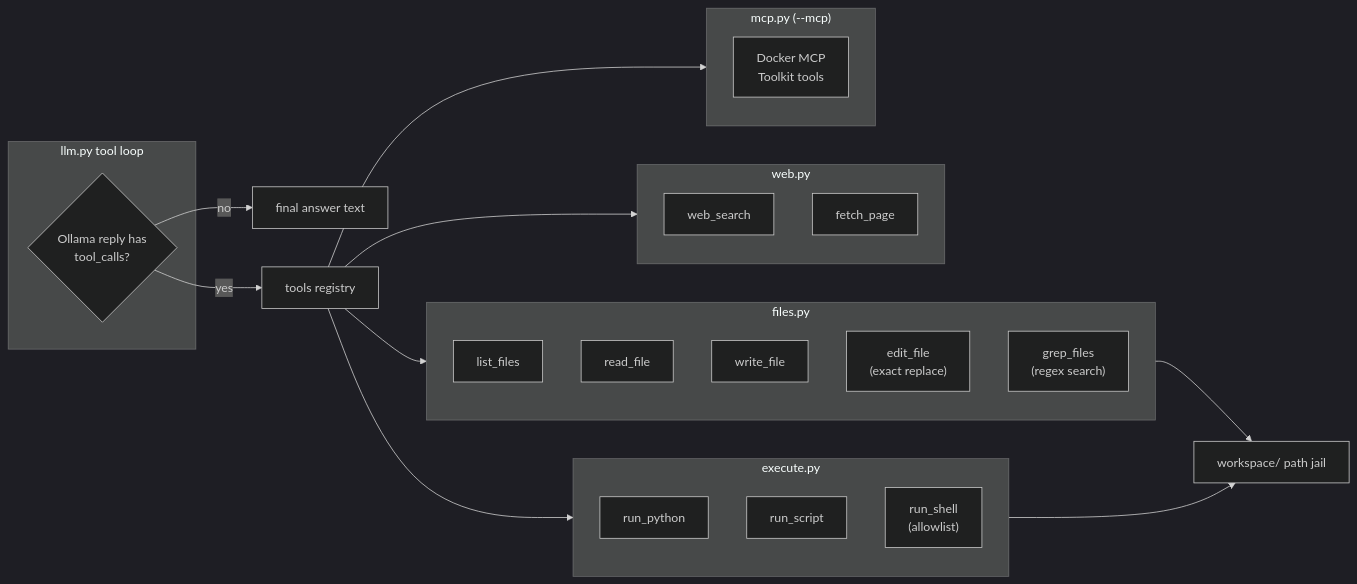
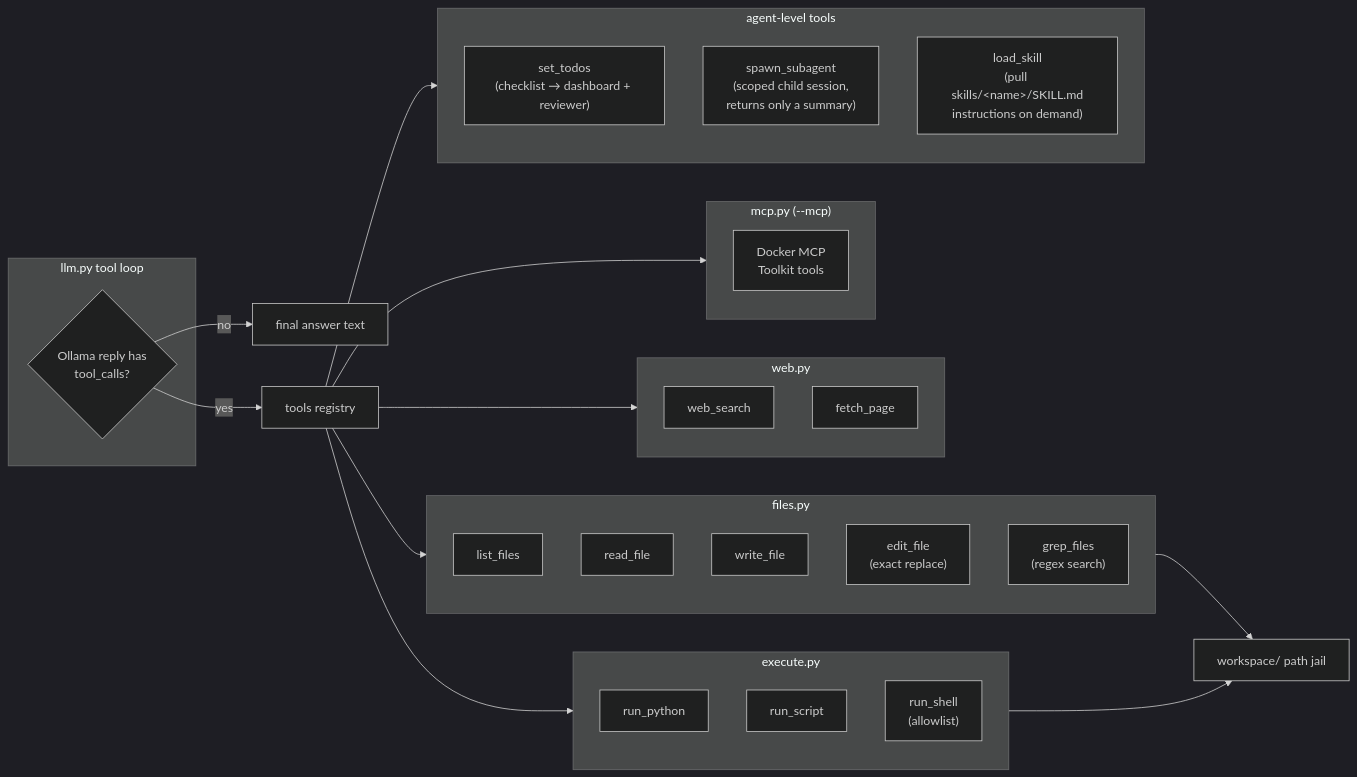
The fourth of 4 diagrams in Readme.md (jacksonmac/agent), drawn with Mermaid (dark theme) before and after one commit. The commit also changed other lines of this file and 32 other files, not shown here.

````diff
--- a/Readme.md
+++ b/Readme.md
@@ -222,22 +260,27 @@
 ```mermaid
 flowchart LR
     subgraph session ["llm.py tool loop"]
         D{"Ollama reply has<br/>tool_calls?"}
     end
     D -->|no| ANS["final answer text"]
     D -->|yes| REG["tools registry"]
     subgraph filet ["files.py"]
         LF[list_files] & RF[read_file] & WF[write_file] & EF["edit_file<br/>(exact replace)"] & GF["grep_files<br/>(regex search)"]
     end
     subgraph exect ["execute.py"]
         RP[run_python] & RS[run_script] & SH["run_shell<br/>(allowlist)"]
     end
     subgraph webt ["web.py"]
         WSR[web_search] & FP[fetch_page]
     end
     subgraph mcpt ["mcp.py (--mcp)"]
         MT["Docker MCP<br/>Toolkit tools"]
     end
-    REG --> filet & exect & webt & mcpt
+    subgraph agentt ["agent-level tools"]
+        ST["set_todos<br/>(checklist → dashboard + reviewer)"]
+        SA["spawn_subagent<br/>(scoped child session,<br/>returns only a summary)"]
+        LS["load_skill<br/>(pull skills/&lt;name&gt;/SKILL.md<br/>instructions on demand)"]
+    end
+    REG --> filet & exect & webt & mcpt & agentt
     filet & exect --> JAIL["workspace/ path jail"]
 ```
````
